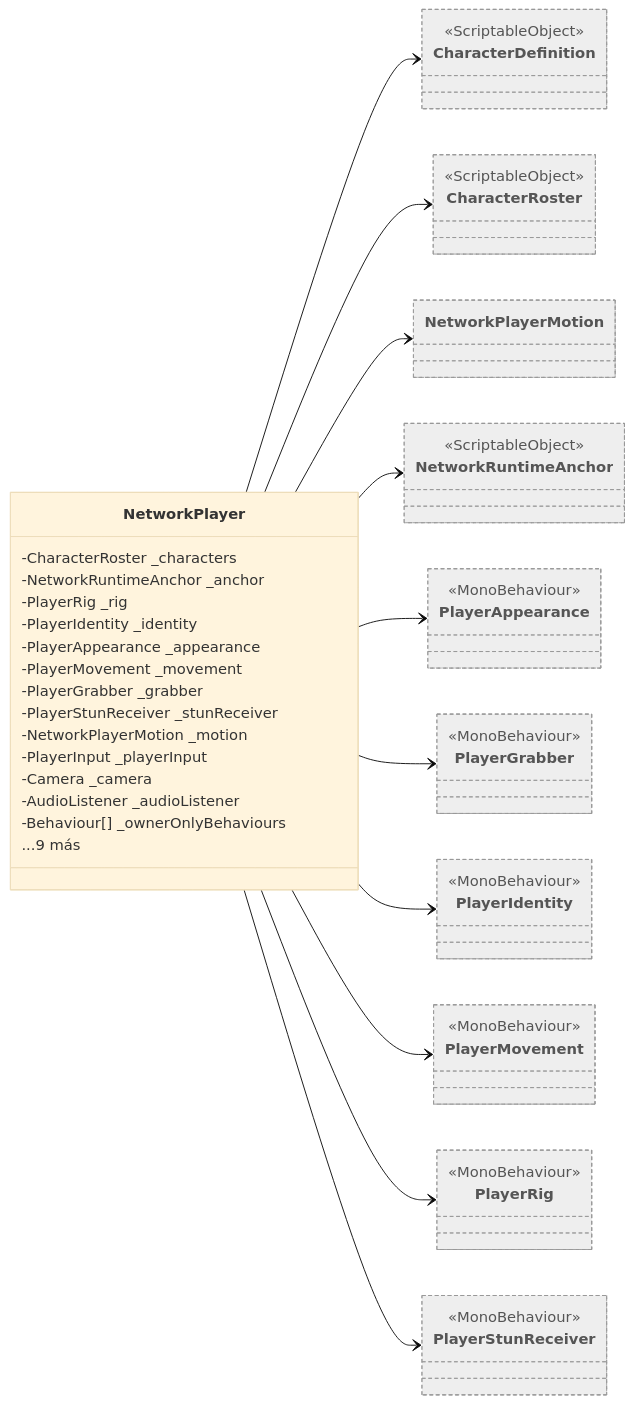
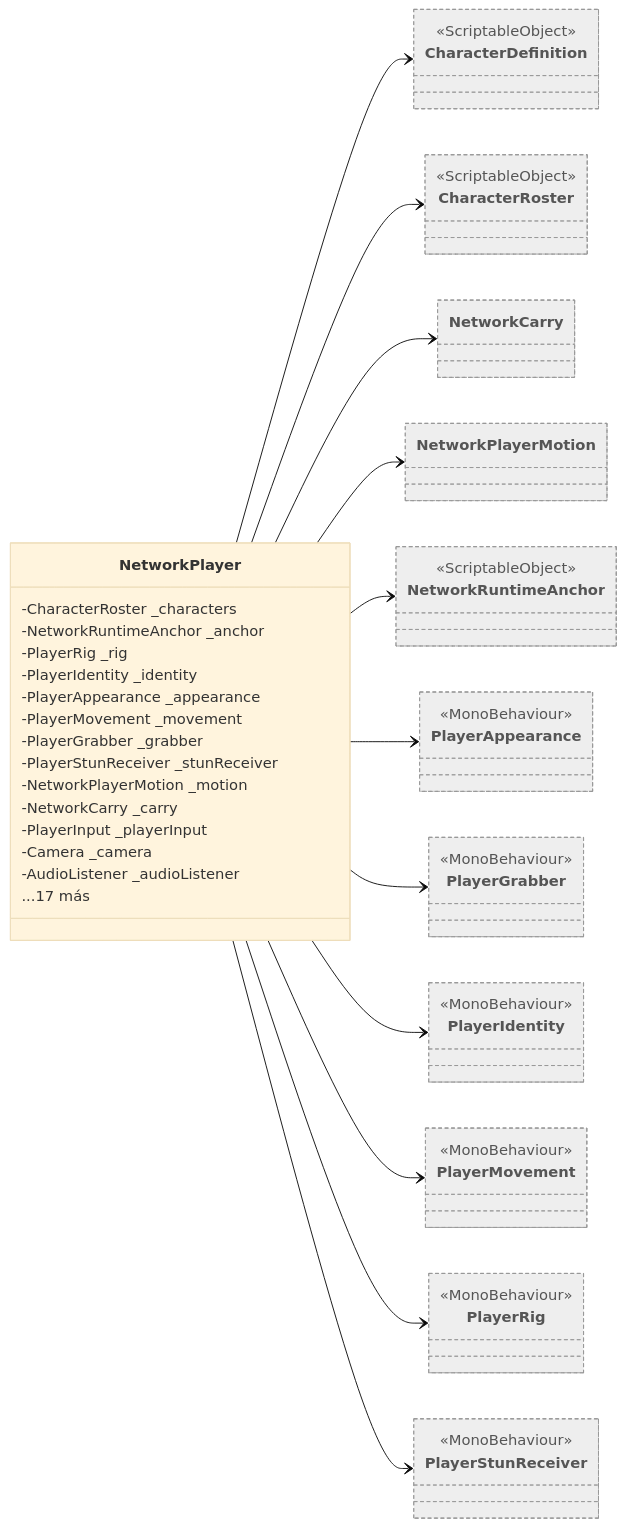
One commit to Chacashi/Alien-Farms changed the diagram in Docs/Arquitectura/Clases/Networking/NetworkPlayer.md. Above: the diagram before and after it, drawn with Mermaid (base theme). The commit also changed other lines of this file and 257 other files, not shown here.

````diff
--- a/Docs/Arquitectura/Clases/Networking/NetworkPlayer.md
+++ b/Docs/Arquitectura/Clases/Networking/NetworkPlayer.md
@@ -18,50 +18,52 @@
 ```mermaid
 classDiagram
   direction LR
   class NetworkPlayer {
     -CharacterRoster _characters
     -NetworkRuntimeAnchor _anchor
     -PlayerRig _rig
     -PlayerIdentity _identity
     -PlayerAppearance _appearance
     -PlayerMovement _movement
     -PlayerGrabber _grabber
     -PlayerStunReceiver _stunReceiver
     -NetworkPlayerMotion _motion
+    -NetworkCarry _carry
     -PlayerInput _playerInput
     -Camera _camera
     -AudioListener _audioListener
-    -Behaviour[] _ownerOnlyBehaviours
-    ...9 más
+    ...17 más
   }
   class CharacterDefinition:::external
   <<ScriptableObject>> CharacterDefinition
   class CharacterRoster:::external
   <<ScriptableObject>> CharacterRoster
+  class NetworkCarry:::external
   class NetworkPlayerMotion:::external
   class NetworkRuntimeAnchor:::external
   <<ScriptableObject>> NetworkRuntimeAnchor
   class PlayerAppearance:::external
   <<MonoBehaviour>> PlayerAppearance
   class PlayerGrabber:::external
   <<MonoBehaviour>> PlayerGrabber
   class PlayerIdentity:::external
   <<MonoBehaviour>> PlayerIdentity
   class PlayerMovement:::external
   <<MonoBehaviour>> PlayerMovement
   class PlayerRig:::external
   <<MonoBehaviour>> PlayerRig
   class PlayerStunReceiver:::external
   <<MonoBehaviour>> PlayerStunReceiver
   NetworkPlayer --> CharacterDefinition
   NetworkPlayer --> CharacterRoster
+  NetworkPlayer --> NetworkCarry
   NetworkPlayer --> NetworkPlayerMotion
   NetworkPlayer --> NetworkRuntimeAnchor
   NetworkPlayer --> PlayerAppearance
   NetworkPlayer --> PlayerGrabber
   NetworkPlayer --> PlayerIdentity
   NetworkPlayer --> PlayerMovement
   NetworkPlayer --> PlayerRig
   NetworkPlayer --> PlayerStunReceiver
   classDef external fill:#eee,stroke:#999,stroke-dasharray: 4 3,color:#555
 ```
````
